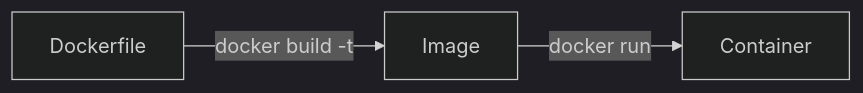
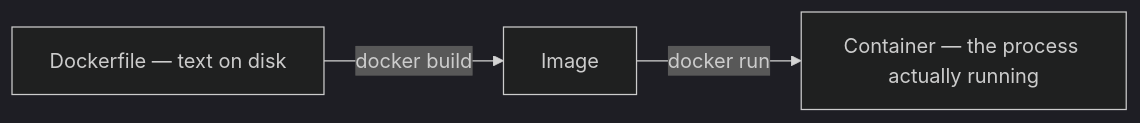
One commit to Dummy-Bug/system-design-handbook changed the first of 2 diagrams in Backend Engineering/19-Docker/08-Writing-A-Dockerfile.md. Above: the diagram before and after it, drawn with Mermaid (dark theme). The commit also changed other lines of this file and 18 other files, not shown here.

````diff
--- a/Backend Engineering/19-Docker/08-Writing-A-Dockerfile.md
+++ b/Backend Engineering/19-Docker/08-Writing-A-Dockerfile.md
@@ -29,5 +57,5 @@
 ```mermaid
 flowchart LR
-    DF["Dockerfile"] -->|"docker build -t"| IMG["Image"]
-    IMG -->|"docker run"| CTR["Container"]
+    DF["Dockerfile — text on disk"] -->|"docker build"| IMG["Image"]
+    IMG -->|"docker run"| CTR["Container — the process actually running"]
 ```
````
